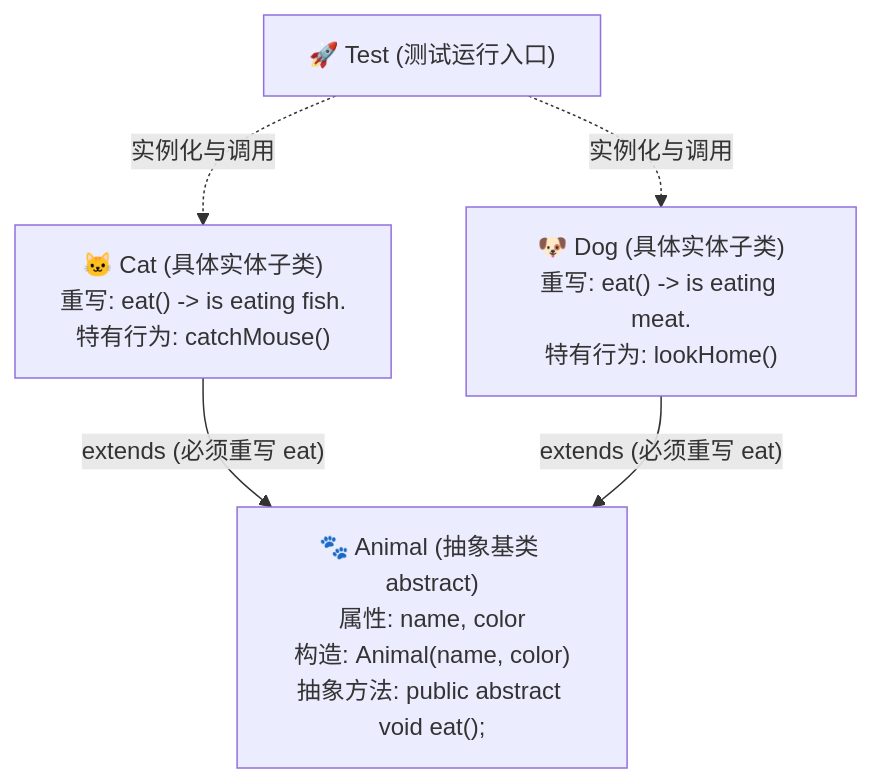
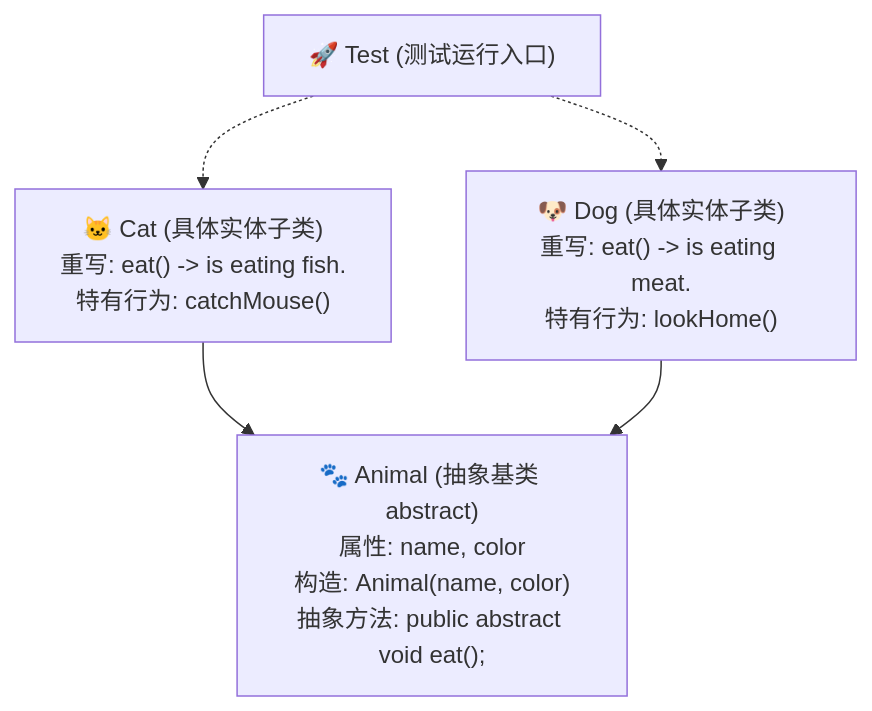
The fifth of 5 diagrams in 06-Abstract-Class/README.md (xingyuliu456/Java-Notes), drawn with Mermaid before and after one commit. The commit also changed other lines of this file and 17 other files, not shown here.

````diff
--- a/06-Abstract-Class/README.md
+++ b/06-Abstract-Class/README.md
@@ -302,12 +305,12 @@
 ```mermaid
 graph TD
     Animal["🐾 Animal (抽象基类 abstract)<br/>属性: name, color<br/>构造: Animal(name, color)<br/>抽象方法: public abstract void eat();"]
     Cat["🐱 Cat (具体实体子类)<br/>重写: eat() -> is eating fish.<br/>特有行为: catchMouse()"]
     Dog["🐶 Dog (具体实体子类)<br/>重写: eat() -> is eating meat.<br/>特有行为: lookHome()"]
     Test["🚀 Test (测试运行入口)"]
 
-    Cat -->|"extends (必须重写 eat)"| Animal
-    Dog -->|"extends (必须重写 eat)"| Animal
-    Test -.->|"实例化与调用"| Cat
-    Test -.->|"实例化与调用"| Dog
+    Cat --> Animal
+    Dog --> Animal
+    Test -.-> Cat
+    Test -.-> Dog
 ```
````
